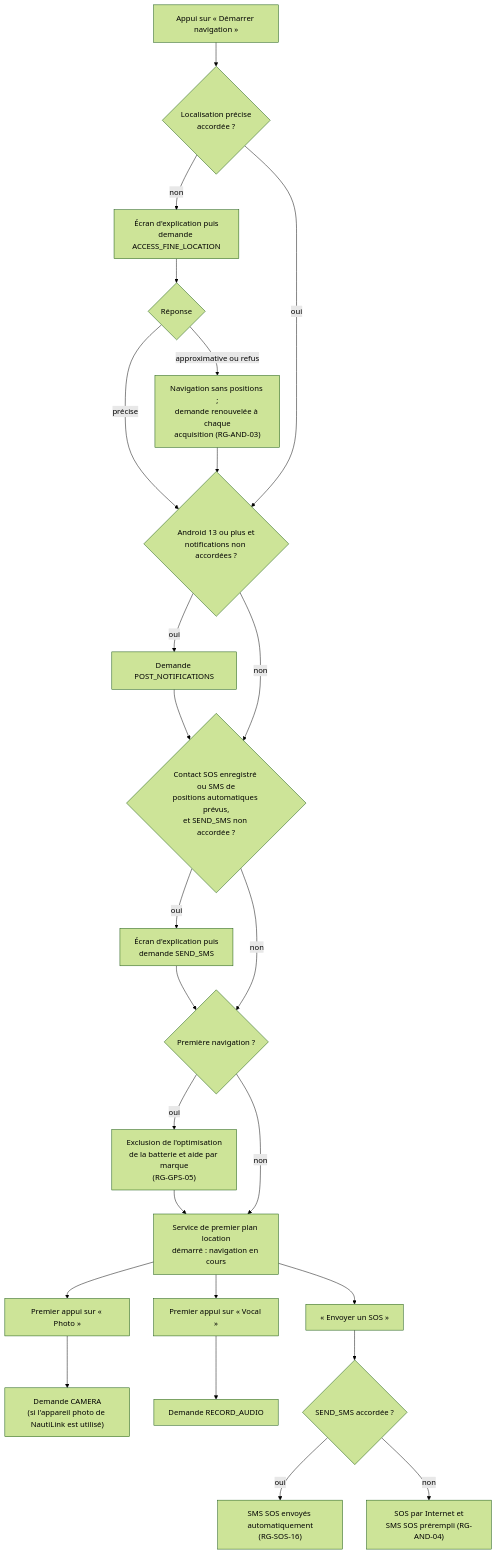
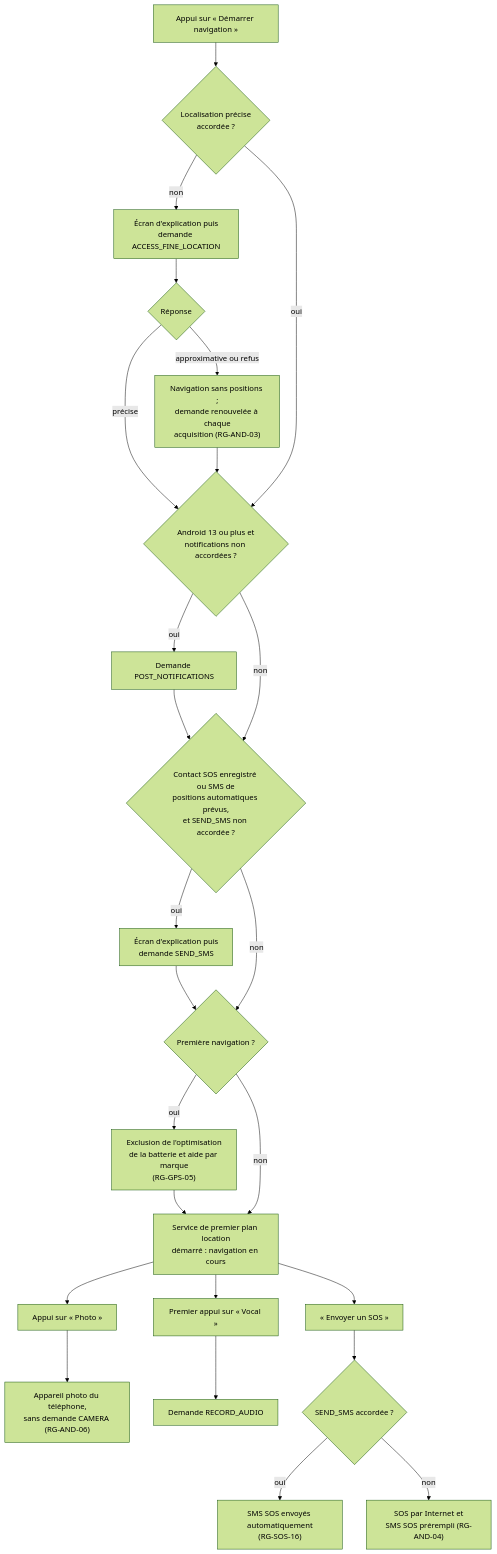
The diagram in docs/etudes/autorisations-android.md (gmoulard/NautiLink), drawn with Mermaid (forest theme) before and after one commit. The commit also changed other lines of this file and 7 other files, not shown here.

First line of the commit message:
Q-31 tranchée : appareil photo du téléphone, SIM des SMS, version minimale d'iOS

````diff
--- a/docs/etudes/autorisations-android.md
+++ b/docs/etudes/autorisations-android.md
@@ -56,20 +56,20 @@
 ```mermaid
 flowchart TD
     A["Appui sur « Démarrer navigation »"] --> B{"Localisation précise<br/>accordée ?"}
     B -- non --> B1["Écran d'explication puis<br/>demande ACCESS_FINE_LOCATION"]
     B1 --> B2{"Réponse"}
     B2 -- "précise" --> C
     B2 -- "approximative ou refus" --> BX["Navigation sans positions ;<br/>demande renouvelée à chaque<br/>acquisition (RG-AND-03)"] --> C
     B -- oui --> C{"Android 13 ou plus et<br/>notifications non accordées ?"}
     C -- oui --> C1["Demande POST_NOTIFICATIONS"] --> D
     C -- non --> D{"Contact SOS enregistré ou SMS de<br/>positions automatiques prévus,<br/>et SEND_SMS non accordée ?"}
     D -- oui --> D1["Écran d'explication puis<br/>demande SEND_SMS"] --> E
     D -- non --> E{"Première navigation ?"}
     E -- oui --> E1["Exclusion de l'optimisation<br/>de la batterie et aide par marque<br/>(RG-GPS-05)"] --> F
     E -- non --> F["Service de premier plan location<br/>démarré : navigation en cours"]
-    F --> G["Premier appui sur « Photo »"] --> G1["Demande CAMERA<br/>(si l'appareil photo de NautiLink est utilisé)"]
+    F --> G["Appui sur « Photo »"] --> G1["Appareil photo du téléphone,<br/>sans demande CAMERA (RG-AND-06)"]
     F --> H["Premier appui sur « Vocal »"] --> H1["Demande RECORD_AUDIO"]
     F --> I["« Envoyer un SOS »"] --> I1{"SEND_SMS accordée ?"}
     I1 -- oui --> I2["SMS SOS envoyés automatiquement<br/>(RG-SOS-16)"]
     I1 -- non --> I3["SOS par Internet et<br/>SMS SOS prérempli (RG-AND-04)"]
 ```
````
